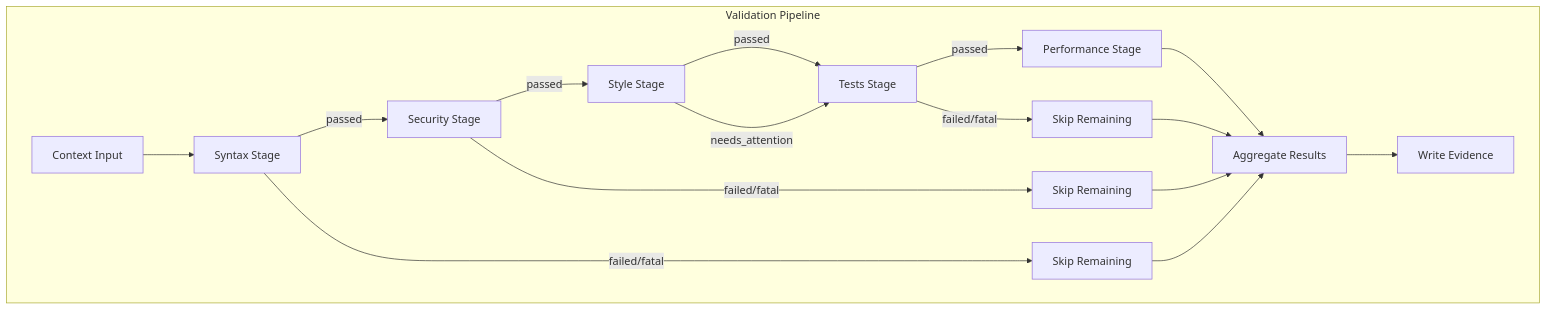
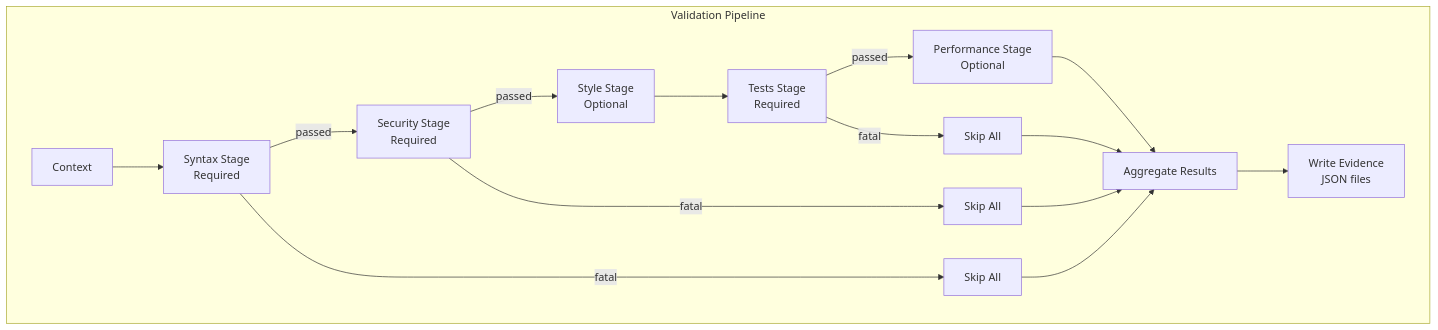
Before and after one commit to Tony363/SuperClaude: diagram 13 of 15 in README.md, drawn with Mermaid. The commit also changed other lines of this file and 10 other files, not shown here.

````diff
--- a/README.md
+++ b/README.md
@@ -642,25 +555,24 @@
 ```mermaid
 flowchart TB
     subgraph "Validation Pipeline"
-        Input[Context Input] --> Syntax[Syntax Stage]
+        Input[Context] --> Syntax[Syntax Stage<br/>Required]
 
-        Syntax -->|passed| Security[Security Stage]
-        Syntax -->|failed/fatal| Skip1[Skip Remaining]
+        Syntax -->|passed| Security[Security Stage<br/>Required]
+        Syntax -->|fatal| Skip1[Skip All]
 
-        Security -->|passed| Style[Style Stage]
-        Security -->|failed/fatal| Skip2[Skip Remaining]
+        Security -->|passed| Style[Style Stage<br/>Optional]
+        Security -->|fatal| Skip2[Skip All]
 
-        Style -->|passed| Tests[Tests Stage]
-        Style -->|needs_attention| Tests
+        Style --> Tests[Tests Stage<br/>Required]
 
-        Tests -->|passed| Perf[Performance Stage]
-        Tests -->|failed/fatal| Skip3[Skip Remaining]
+        Tests -->|passed| Perf[Performance Stage<br/>Optional]
+        Tests -->|fatal| Skip3[Skip All]
 
         Perf --> Results[Aggregate Results]
         Skip1 --> Results
         Skip2 --> Results
         Skip3 --> Results
 
-        Results --> Evidence[Write Evidence]
+        Results --> Evidence[Write Evidence<br/>JSON files]
     end
 ```
````
